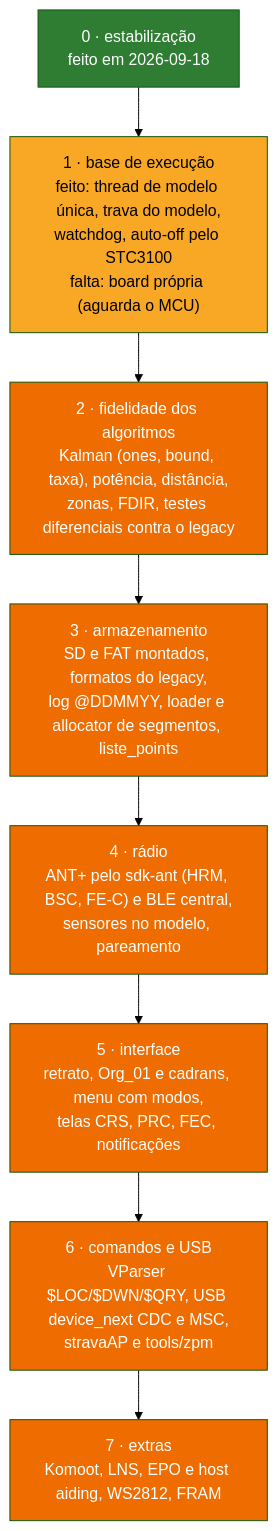
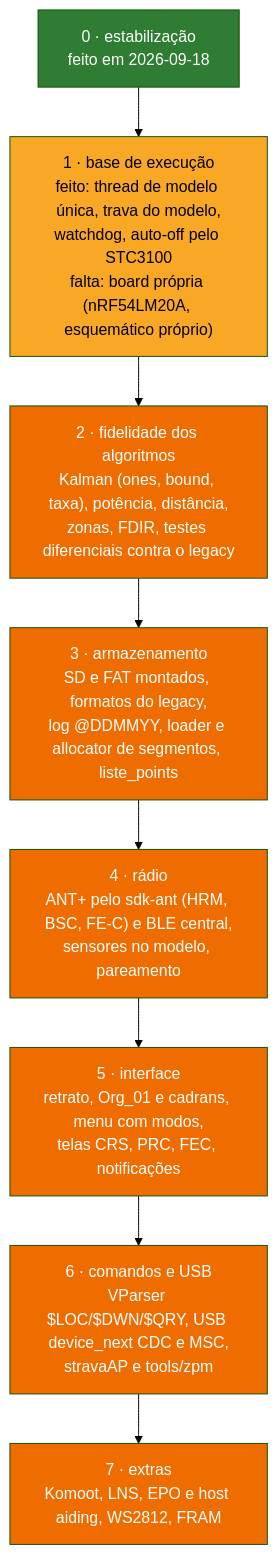
One commit to Guiimartinho/gnss-bike-computer changed the second of 2 diagrams in docs/10-status-do-port.md. Above: the diagram before and after it, drawn with Mermaid (forest theme). The commit also changed other lines of this file and 9 other files, not shown here.

First line of the commit message:
docs(docs): record the MCU, screen, board and commit decisions

````diff
--- a/docs/10-status-do-port.md
+++ b/docs/10-status-do-port.md
@@ -98,14 +98,14 @@
 ```mermaid
 flowchart TD
     F0["0 · estabilização<br/>feito em 2026-09-18"]:::done --> F1
-    F1["1 · base de execução<br/>feito: thread de modelo única, trava do modelo,<br/>watchdog, auto-off pelo STC3100<br/>falta: board própria (aguarda o MCU)"]:::partial --> F2
+    F1["1 · base de execução<br/>feito: thread de modelo única, trava do modelo,<br/>watchdog, auto-off pelo STC3100<br/>falta: board própria (nRF54LM20A, esquemático próprio)"]:::partial --> F2
     F2["2 · fidelidade dos algoritmos<br/>Kalman (ones, bound, taxa), potência, distância,<br/>zonas, FDIR, testes diferenciais contra o legacy"]:::pending --> F3
     F3["3 · armazenamento<br/>SD e FAT montados, formatos do legacy,<br/>log @DDMMYY, loader e allocator de segmentos, liste_points"]:::pending --> F4
     F4["4 · rádio<br/>ANT+ pelo sdk-ant (HRM, BSC, FE-C) e BLE central,<br/>sensores no modelo, pareamento"]:::pending --> F5
     F5["5 · interface<br/>retrato, Org_01 e cadrans, menu com modos,<br/>telas CRS, PRC, FEC, notificações"]:::pending --> F6
     F6["6 · comandos e USB<br/>VParser $LOC/$DWN/$QRY, USB device_next CDC e MSC,<br/>stravaAP e tools/zpm"]:::pending --> F7
     F7["7 · extras<br/>Komoot, LNS, EPO e host aiding, WS2812, FRAM"]:::pending
     classDef done fill:#2e7d32,color:#ffffff
     classDef partial fill:#f9a825,color:#000000
     classDef pending fill:#ef6c00,color:#ffffff
 ```
````
